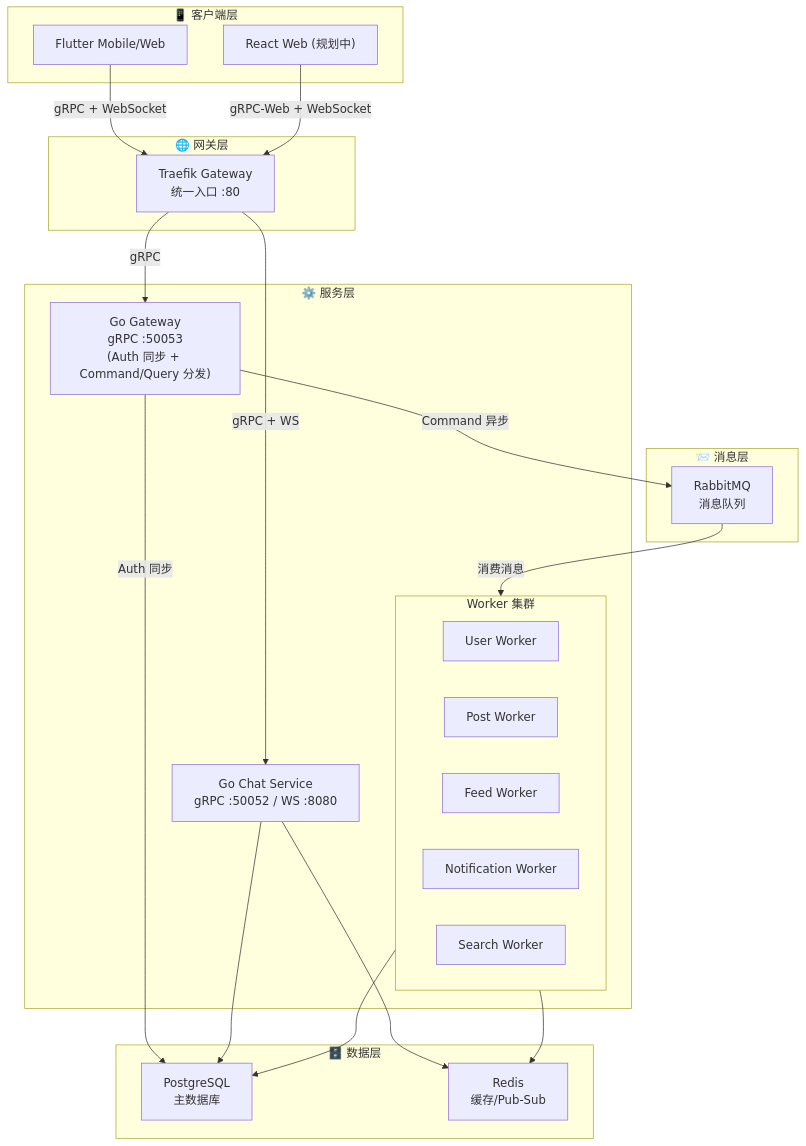
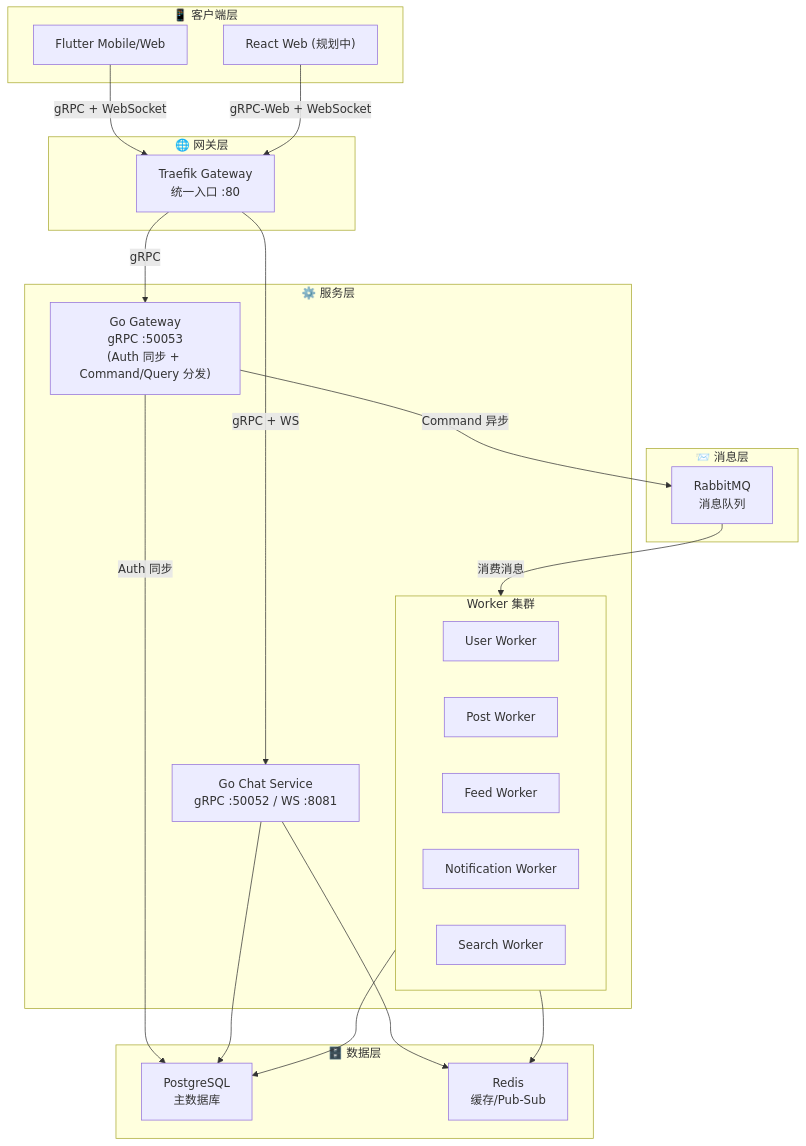
Before and after one commit to funcdfs/lesser: the first of 4 diagrams in docs/架构梳理.md, drawn with Mermaid. The commit also changed other lines of this file and 37 other files, not shown here.

````diff
--- a/docs/架构梳理.md
+++ b/docs/架构梳理.md
@@ -21,49 +21,49 @@
 ```mermaid
 graph TB
     subgraph 客户端层["📱 客户端层"]
         Flutter["Flutter Mobile/Web"]
         React["React Web (规划中)"]
     end
 
     subgraph 网关层["🌐 网关层"]
         Traefik["Traefik Gateway<br/>统一入口 :80"]
     end
 
     subgraph 服务层["⚙️ 服务层"]
         Gateway["Go Gateway<br/>gRPC :50053<br/>(Auth 同步 + Command/Query 分发)"]
-        Chat["Go Chat Service<br/>gRPC :50052 / WS :8080"]
+        Chat["Go Chat Service<br/>gRPC :50052 / WS :8081"]
         
         subgraph Workers["Worker 集群"]
             UserWorker["User Worker"]
             PostWorker["Post Worker"]
             FeedWorker["Feed Worker"]
             NotifWorker["Notification Worker"]
             SearchWorker["Search Worker"]
         end
     end
 
     subgraph 消息层["📨 消息层"]
         RabbitMQ["RabbitMQ<br/>消息队列"]
     end
 
     subgraph 数据层["🗄️ 数据层"]
         Postgres["PostgreSQL<br/>主数据库"]
         Redis["Redis<br/>缓存/Pub-Sub"]
     end
 
     Flutter -->|gRPC + WebSocket| Traefik
     React -->|gRPC-Web + WebSocket| Traefik
     
     Traefik -->|gRPC| Gateway
     Traefik -->|gRPC + WS| Chat
     
     Gateway -->|Auth 同步| Postgres
     Gateway -->|Command 异步| RabbitMQ
     RabbitMQ -->|消费消息| Workers
     
     Workers --> Postgres
     Workers --> Redis
     
     Chat --> Postgres
     Chat --> Redis
 ```
````
